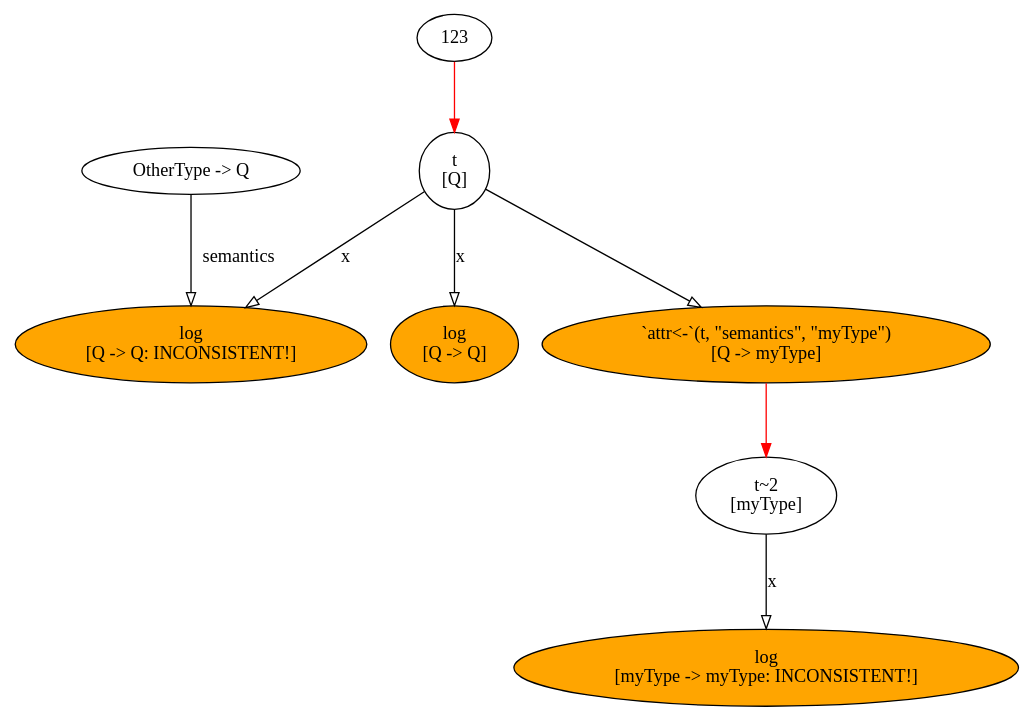
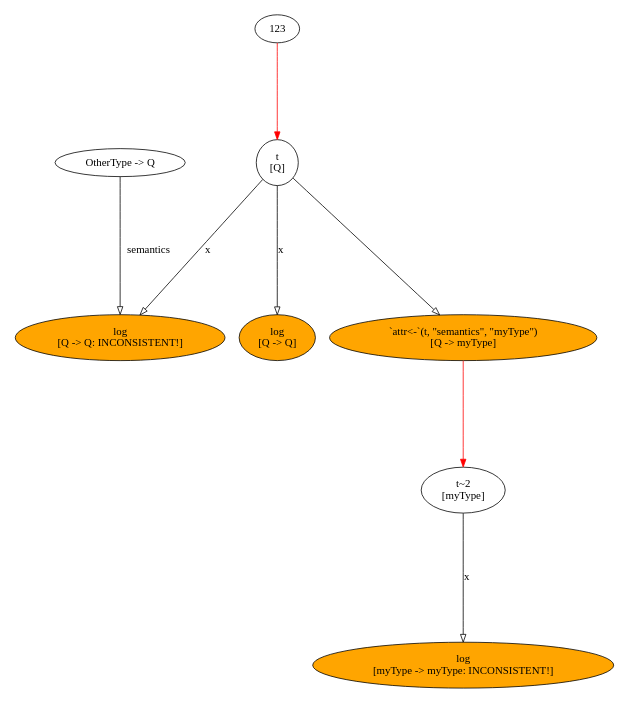
One commit to MatthiasHinz/AlgebR changed the diagram in output/inconsistentGraph.dot. Above: the diagram before and after it, drawn with Graphviz. The commit also changed 6 other files, not shown here.

```diff
--- a/output/inconsistentGraph.dot
+++ b/output/inconsistentGraph.dot
@@ -1,22 +1,22 @@
 digraph f {
-	graph [bgcolor=transparent, fontcolor=black, ratio=fill, splines=TRUE, rank=same, size="7.30208333333333,5.14583333333333", rankdir=TB];
+	graph [bgcolor=transparent, fontcolor=black, ratio=fill, splines=TRUE, rank=same, size="4.32291666666667,5.14583333333333", rankdir=TB];
 	node [label="\N", shape=ellipse, fixedsize=FALSE, fillcolor=white, style=filled, color=black, fontcolor=black, fontsize=14, height="0.5", width="0.75"];
 	edge [headport=center, style=solid, arrowhead=normal, color=black, dir=none, weight="1.0", fontcolor=black, arrowtail=none, fontsize=14, labelfontsize=11, arrowsize=1, minlen=1];
-	graph [bb="0,0,702,493.8"];
-	t [label="t \n[Q]", height="0.8171", pos="314,382"];
-	lt_F3SoEm [label=123, pos="314,474"];
-	fcall_hXLNV3 [label="log\n[Q -> Q]", fillcolor=orange, height="0.8171", width="1.2781", pos="314,260"];
-	fcall_a6adJE [label="log\n[Q -> Q: INCONSISTENT!]", fillcolor=orange, height="0.8171", width="3.4788", pos="125,260"];
-	lt_Z6gTaB [label="OtherType -> Q", width="2.0323", pos="125,382"];
-	"t~2" [label="t~2 \n[myType]", height="0.8171", width="1.4013", pos="525,155"];
-	expr_47iMv1 [label="`attr<-`(t, \"semantics\", \"myType\")
-[Q -> myType]", fillcolor=orange, height="0.8171", width="4.0888", pos="525,260"];
-	fcall_xWj9ml [label="log\n[myType -> myType: INCONSISTENT!]", fillcolor=orange, height="0.8171", width="4.919", pos="525,32"];
-	t -> fcall_hXLNV3:center [arrowhead=onormal, dir=forward, weight=1, label=x, pos="e,314,289.65 314,352.56 314,336.84 314,317.06 314,299.92", lp="317.5,321"];
-	t -> fcall_a6adJE:center [arrowhead=onormal, dir=forward, weight=1, label=x, pos="e,167.43,287.94 290.82,366.29 262.44,348.27 213.54,317.22 176.18,293.49", lp="234.5,321"];
-	t -> expr_47iMv1:center [arrowhead=onormal, dir=forward, weight=1, pos="e,477.43,288.05 337.79,367.47 369.29,349.56 425.81,317.41 468.54,293.11"];
-	lt_F3SoEm -> t:center [color=red, dir=forward, weight=1, pos="e,314,411.63 314,455.65 314,446.01 314,433.6 314,421.78"];
-	lt_Z6gTaB -> fcall_a6adJE:center [arrowhead=onormal, dir=forward, weight=1, label=semantics, pos="e,125,289.75 125,363.81 125,347.21 125,321.5 125,299.94", lp="152.6,321"];
-	"t~2" -> fcall_xWj9ml:center [arrowhead=onormal, dir=forward, weight=1, label=x, pos="e,525,61.469 525,125.32 525,109.35 525,89.241 525,71.87", lp="528.5,93"];
-	expr_47iMv1 -> "t~2":center [color=red, dir=forward, weight=1, pos="e,525,184.68 525,230.58 525,219.53 525,206.69 525,194.81"];
+	graph [bb="0,0,702,835.18"];
+	t [label="t \n[Q]", height="0.8171", pos="314,646"];
+	lt_6Lph7p [label=123, pos="314,802"];
+	fcall_lA72lk [label="log\n[Q -> Q]", fillcolor=orange, height="0.8171", width="1.2781", pos="314,439"];
+	fcall_KKmSSn [label="log\n[Q -> Q: INCONSISTENT!]", fillcolor=orange, height="0.8171", width="3.4788", pos="125,439"];
+	lt_LnxTYp [label="OtherType -> Q", width="2.0323", pos="125,646"];
+	"t~2" [label="t~2 \n[myType]", height="0.8171", width="1.4013", pos="525,261"];
+	expr_xoOajh [label="`attr<-`(t, \"semantics\", \"myType\")
+[Q -> myType]", fillcolor=orange, height="0.8171", width="4.0888", pos="525,439"];
+	fcall_I3UG0Z [label="log\n[myType -> myType: INCONSISTENT!]", fillcolor=orange, height="0.8171", width="4.919", pos="525,54"];
+	t -> fcall_lA72lk:center [arrowhead=onormal, dir=forward, weight=1, label=x, pos="e,314,468.59 314,616.5 314,580.64 314,518.93 314,478.8", lp="317.5,543"];
+	t -> fcall_KKmSSn:center [arrowhead=onormal, dir=forward, weight=1, label=x, pos="e,150.92,468.11 295.19,624.59 263.13,589.82 197.52,518.66 157.78,475.56", lp="229.5,543"];
+	t -> expr_xoOajh:center [arrowhead=onormal, dir=forward, weight=1, pos="e,496.04,468.14 333.85,625.71 369.32,591.25 444.05,518.64 488.85,475.13"];
+	lt_6Lph7p -> t:center [color=red, dir=forward, weight=1, pos="e,314,675.66 314,783.93 314,760.43 314,717.44 314,685.88"];
+	lt_LnxTYp -> fcall_KKmSSn:center [arrowhead=onormal, dir=forward, weight=1, label=semantics, pos="e,125,468.53 125,627.87 125,595.27 125,523.54 125,478.75", lp="152.6,543"];
+	"t~2" -> fcall_I3UG0Z:center [arrowhead=onormal, dir=forward, weight=1, label=x, pos="e,525,83.592 525,231.5 525,195.64 525,133.93 525,93.799", lp="528.5,158"];
+	expr_xoOajh -> "t~2":center [color=red, dir=forward, weight=1, pos="e,525,290.66 525,409.33 525,379.8 525,333.58 525,300.79"];
 }
```
